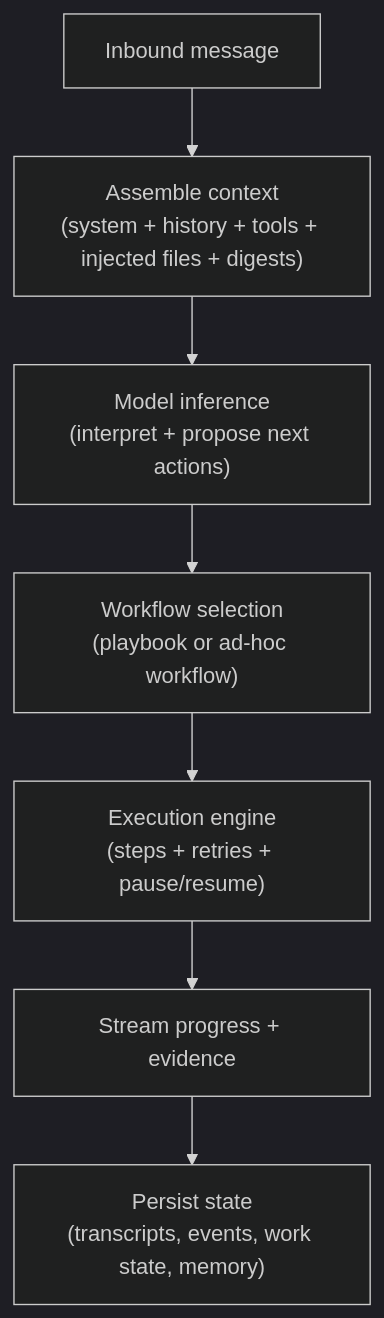
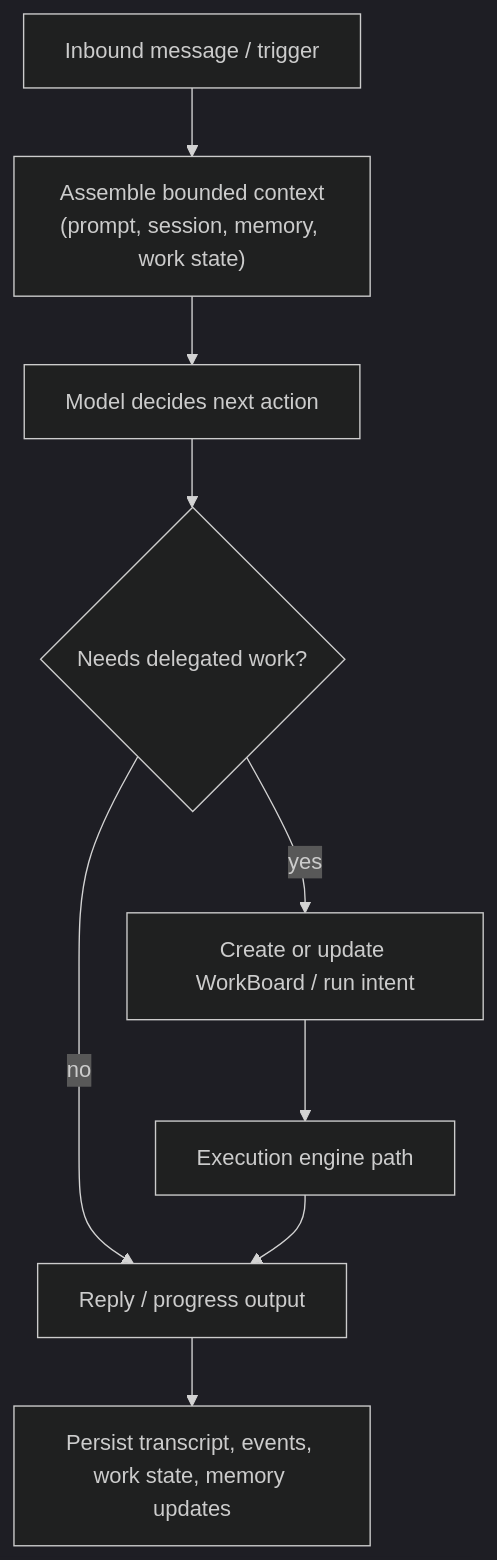
One commit to tyrumai/tyrum changed the diagram in docs/architecture/agent/agent-loop.md. Above: the diagram before and after it, drawn with Mermaid (dark theme). The commit also changed other lines of this file and 43 other files, not shown here.

First line of the commit message:
docs: rewrite architecture docs phase 2

````diff
--- a/docs/architecture/agent/agent-loop.md
+++ b/docs/architecture/agent/agent-loop.md
@@ -11,9 +15,11 @@
 ```mermaid
 flowchart TB
-  IN["Inbound message"] --> ASM["Assemble context<br/>(system + history + tools + injected files + digests)"]
-  ASM --> INF["Model inference<br/>(interpret + propose next actions)"]
-  INF --> WF["Workflow selection<br/>(playbook or ad-hoc workflow)"]
-  WF --> ENG["Execution engine<br/>(steps + retries + pause/resume)"]
-  ENG --> OUT["Stream progress + evidence"]
-  OUT --> PERSIST["Persist state<br/>(transcripts, events, work state, memory)"]
+  Inbound["Inbound message / trigger"] --> Context["Assemble bounded context<br/>(prompt, session, memory, work state)"]
+  Context --> Decide["Model decides next action"]
+  Decide --> Work{"Needs delegated work?"}
+  Work -- no --> Reply["Reply / progress output"]
+  Work -- yes --> Delegate["Create or update WorkBoard / run intent"]
+  Delegate --> Execute["Execution engine path"]
+  Execute --> Reply
+  Reply --> Persist["Persist transcript, events, work state, memory updates"]
 ```
````
